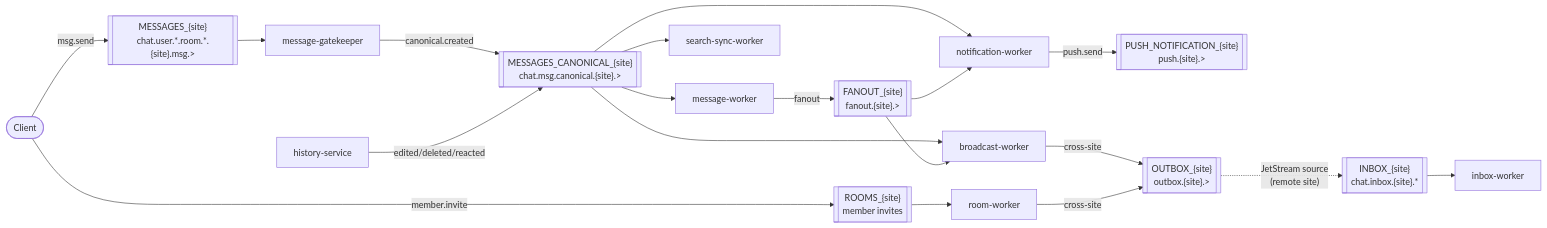
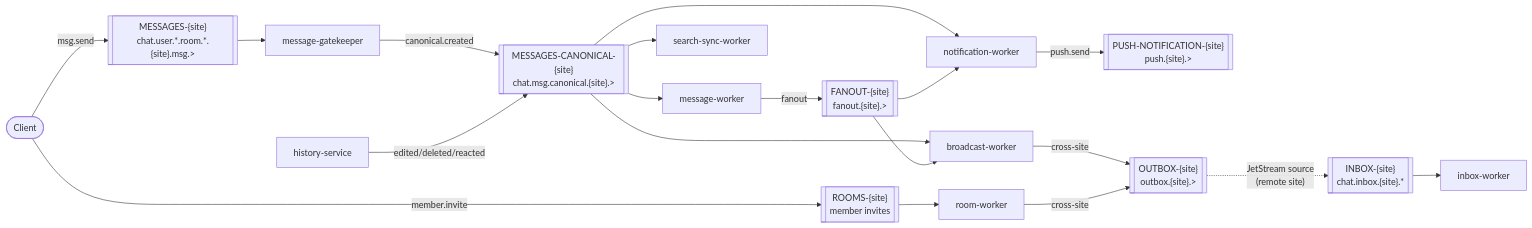
One commit to hmchangw/newchat changed the fourth of 5 diagrams in docs/architecture.md. Above: the diagram before and after it, drawn with Mermaid. The commit also changed other lines of this file and 95 other files, not shown here.

````diff
--- a/docs/architecture.md
+++ b/docs/architecture.md
@@ -196,37 +196,37 @@
 ```mermaid
 flowchart LR
     Client(["Client"])
 
-    MESSAGES[["MESSAGES_{site}<br/>chat.user.*.room.*.{site}.msg.&gt;"]]
-    CANON[["MESSAGES_CANONICAL_{site}<br/>chat.msg.canonical.{site}.&gt;"]]
-    FANOUT[["FANOUT_{site}<br/>fanout.{site}.&gt;"]]
-    ROOMS[["ROOMS_{site}<br/>member invites"]]
-    PUSH[["PUSH_NOTIFICATION_{site}<br/>push.{site}.&gt;"]]
-    OUTBOX[["OUTBOX_{site}<br/>outbox.{site}.&gt;"]]
-    INBOX[["INBOX_{site}<br/>chat.inbox.{site}.*"]]
+    MESSAGES[["MESSAGES-{site}<br/>chat.user.*.room.*.{site}.msg.&gt;"]]
+    CANON[["MESSAGES-CANONICAL-{site}<br/>chat.msg.canonical.{site}.&gt;"]]
+    FANOUT[["FANOUT-{site}<br/>fanout.{site}.&gt;"]]
+    ROOMS[["ROOMS-{site}<br/>member invites"]]
+    PUSH[["PUSH-NOTIFICATION-{site}<br/>push.{site}.&gt;"]]
+    OUTBOX[["OUTBOX-{site}<br/>outbox.{site}.&gt;"]]
+    INBOX[["INBOX-{site}<br/>chat.inbox.{site}.*"]]
 
     Client -->|msg.send| MESSAGES
     MESSAGES --> GK[message-gatekeeper]
     GK -->|canonical.created| CANON
 
     CANON --> MW[message-worker]
     CANON --> BW[broadcast-worker]
     CANON --> NW[notification-worker]
     CANON --> SS[search-sync-worker]
 
     MW -->|fanout| FANOUT
     FANOUT --> BW
     FANOUT --> NW
 
     Client -->|member.invite| ROOMS
     ROOMS --> RW[room-worker]
 
     NW -->|push.send| PUSH
 
     BW -->|cross-site| OUTBOX
     RW -->|cross-site| OUTBOX
     OUTBOX -. "JetStream source<br/>(remote site)" .-> INBOX
     INBOX --> IW[inbox-worker]
 
     HS[history-service] -->|edited/deleted/reacted| CANON
 ```
````
